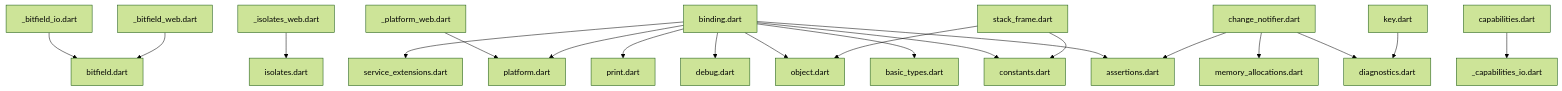
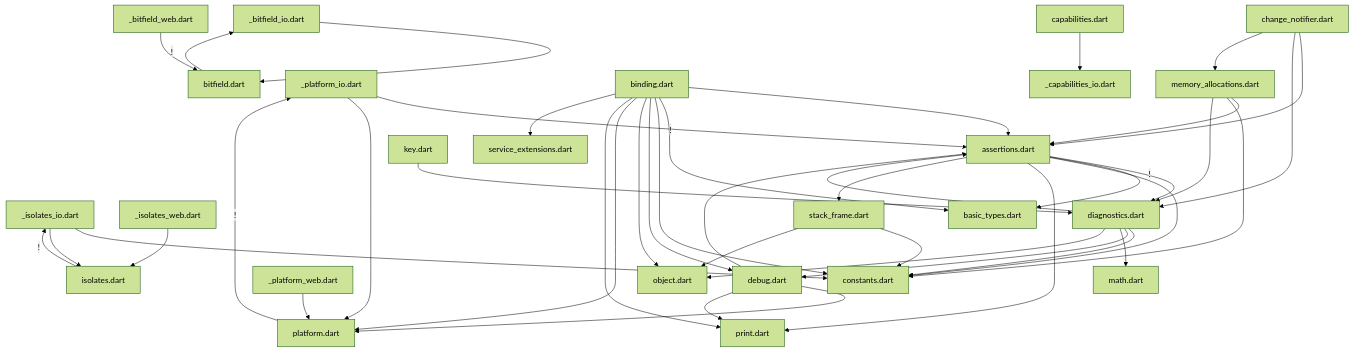
Before and after one commit to polina-c/flutter: the diagram in packages/flutter/lib/src/foundation/DEPENDENCIES.md, drawn with Mermaid (forest theme). The commit also changed other lines of this file and 13 other files, not shown here.

````diff
--- a/packages/flutter/lib/src/foundation/DEPENDENCIES.md
+++ b/packages/flutter/lib/src/foundation/DEPENDENCIES.md
@@ -5,22 +6,45 @@
 ```mermaid
 flowchart TD;
 _bitfield_io.dart-->bitfield.dart;
 _bitfield_web.dart-->bitfield.dart;
+_isolates_io.dart-->constants.dart;
+_isolates_io.dart-->isolates.dart;
 _isolates_web.dart-->isolates.dart;
+_platform_io.dart--!-->assertions.dart;
+_platform_io.dart-->platform.dart;
 _platform_web.dart-->platform.dart;
+assertions.dart--!-->diagnostics.dart;
+assertions.dart-->basic_types.dart;
+assertions.dart-->constants.dart;
+assertions.dart-->print.dart;
+assertions.dart-->stack_frame.dart;
 binding.dart-->assertions.dart;
 binding.dart-->basic_types.dart;
 binding.dart-->constants.dart;
 binding.dart-->debug.dart;
 binding.dart-->object.dart;
 binding.dart-->platform.dart;
 binding.dart-->print.dart;
 binding.dart-->service_extensions.dart;
+bitfield.dart--!-->_bitfield_io.dart;
 capabilities.dart-->_capabilities_io.dart;
 change_notifier.dart-->assertions.dart;
 change_notifier.dart-->diagnostics.dart;
 change_notifier.dart-->memory_allocations.dart;
+debug.dart-->assertions.dart;
+debug.dart-->platform.dart;
+debug.dart-->print.dart;
+diagnostics.dart-->assertions.dart;
+diagnostics.dart-->constants.dart;
+diagnostics.dart-->debug.dart;
+diagnostics.dart-->math.dart;
+diagnostics.dart-->object.dart;
+isolates.dart--!-->_isolates_io.dart;
 key.dart-->diagnostics.dart;
+memory_allocations.dart-->assertions.dart;
+memory_allocations.dart-->constants.dart;
+memory_allocations.dart-->diagnostics.dart;
+platform.dart--!-->_platform_io.dart;
 stack_frame.dart-->constants.dart;
 stack_frame.dart-->object.dart;
 ```
````
